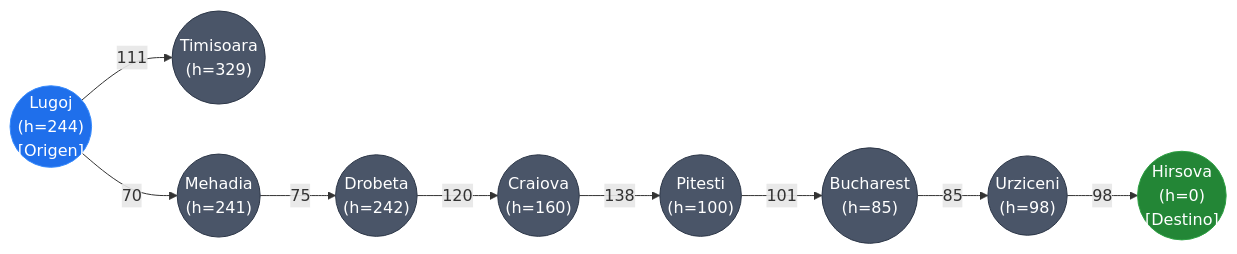
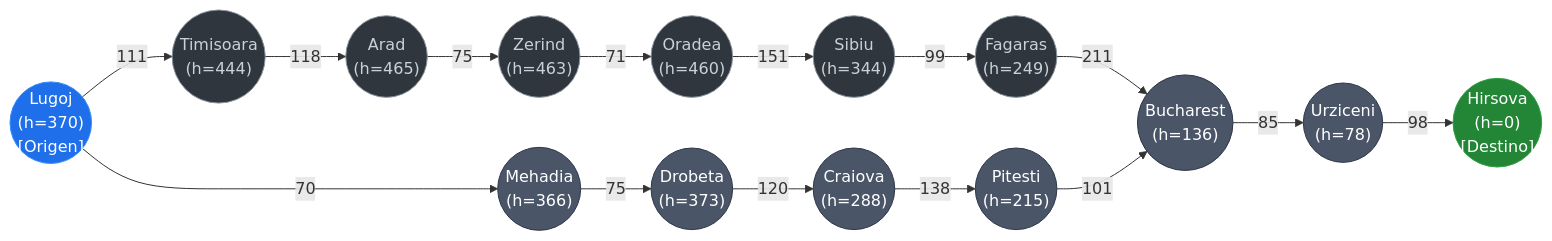
Before and after one commit to AlbertGlz23/Introducci-n-a-la-Inteligencia-Artificial: the diagram in 04_Busqueda_informada/Ejercicio 1.md, drawn with Mermaid. The commit also changed other lines of this file, not shown here.

Commit message:
Ejercicio 1 - 04_Busqueda_informada corregido para revisar visualización

````diff
--- a/04_Busqueda_informada/Ejercicio 1.md
+++ b/04_Busqueda_informada/Ejercicio 1.md
@@ -27,21 +27,36 @@
 ```mermaid
 graph LR
-    Lugoj(("Lugoj\n(h=244)\n[Origen]")) -->|111| Timisoara(("Timisoara\n(h=329)"))
-    Lugoj -->|70| Mehadia(("Mehadia\n(h=241)"))
-    Mehadia -->|75| Drobeta(("Drobeta\n(h=242)"))
-    Drobeta -->|120| Craiova(("Craiova\n(h=160)"))
-    Craiova -->|138| Pitesti(("Pitesti\n(h=100)"))
-    Pitesti -->|101| Bucharest(("Bucharest\n(h=85)"))
-    Bucharest -->|85| Urziceni(("Urziceni\n(h=98)"))
+    Lugoj(("Lugoj\n(h=370)\n[Origen]"))
+
+    Lugoj -->|111| Timisoara(("Timisoara\n(h=444)"))
+    Timisoara -->|118| Arad(("Arad\n(h=465)"))
+    Arad -->|75| Zerind(("Zerind\n(h=463)"))
+    Zerind -->|71| Oradea(("Oradea\n(h=460)"))
+    Oradea -->|151| Sibiu(("Sibiu\n(h=344)"))
+    Sibiu -->|99| Fagaras(("Fagaras\n(h=249)"))
+    Fagaras -->|211| Bucharest(("Bucharest\n(h=136)"))
+
+    Lugoj -->|70| Mehadia(("Mehadia\n(h=366)"))
+    Mehadia -->|75| Drobeta(("Drobeta\n(h=373)"))
+    Drobeta -->|120| Craiova(("Craiova\n(h=288)"))
+    Craiova -->|138| Pitesti(("Pitesti\n(h=215)"))
+    Pitesti -->|101| Bucharest
+
+    Bucharest -->|85| Urziceni(("Urziceni\n(h=78)"))
     Urziceni -->|98| Hirsova(("Hirsova\n(h=0)\n[Destino]"))
 
     style Lugoj fill:#1f6feb,stroke:#388bfd,color:#fff
     style Hirsova fill:#238636,stroke:#2ea043,color:#fff
+    style Timisoara fill:#30363d,stroke:#8b949e,color:#c9d1d9
+    style Arad fill:#30363d,stroke:#8b949e,color:#c9d1d9
+    style Zerind fill:#30363d,stroke:#8b949e,color:#c9d1d9
+    style Oradea fill:#30363d,stroke:#8b949e,color:#c9d1d9
+    style Sibiu fill:#30363d,stroke:#8b949e,color:#c9d1d9
+    style Fagaras fill:#30363d,stroke:#8b949e,color:#c9d1d9
     style Mehadia fill:#4a5568,stroke:#2d3748,color:#fff
     style Drobeta fill:#4a5568,stroke:#2d3748,color:#fff
     style Craiova fill:#4a5568,stroke:#2d3748,color:#fff
     style Pitesti fill:#4a5568,stroke:#2d3748,color:#fff
     style Bucharest fill:#4a5568,stroke:#2d3748,color:#fff
     style Urziceni fill:#4a5568,stroke:#2d3748,color:#fff
-    style Timisoara fill:#4a5568,stroke:#2d3748,color:#fff
 ```
````
